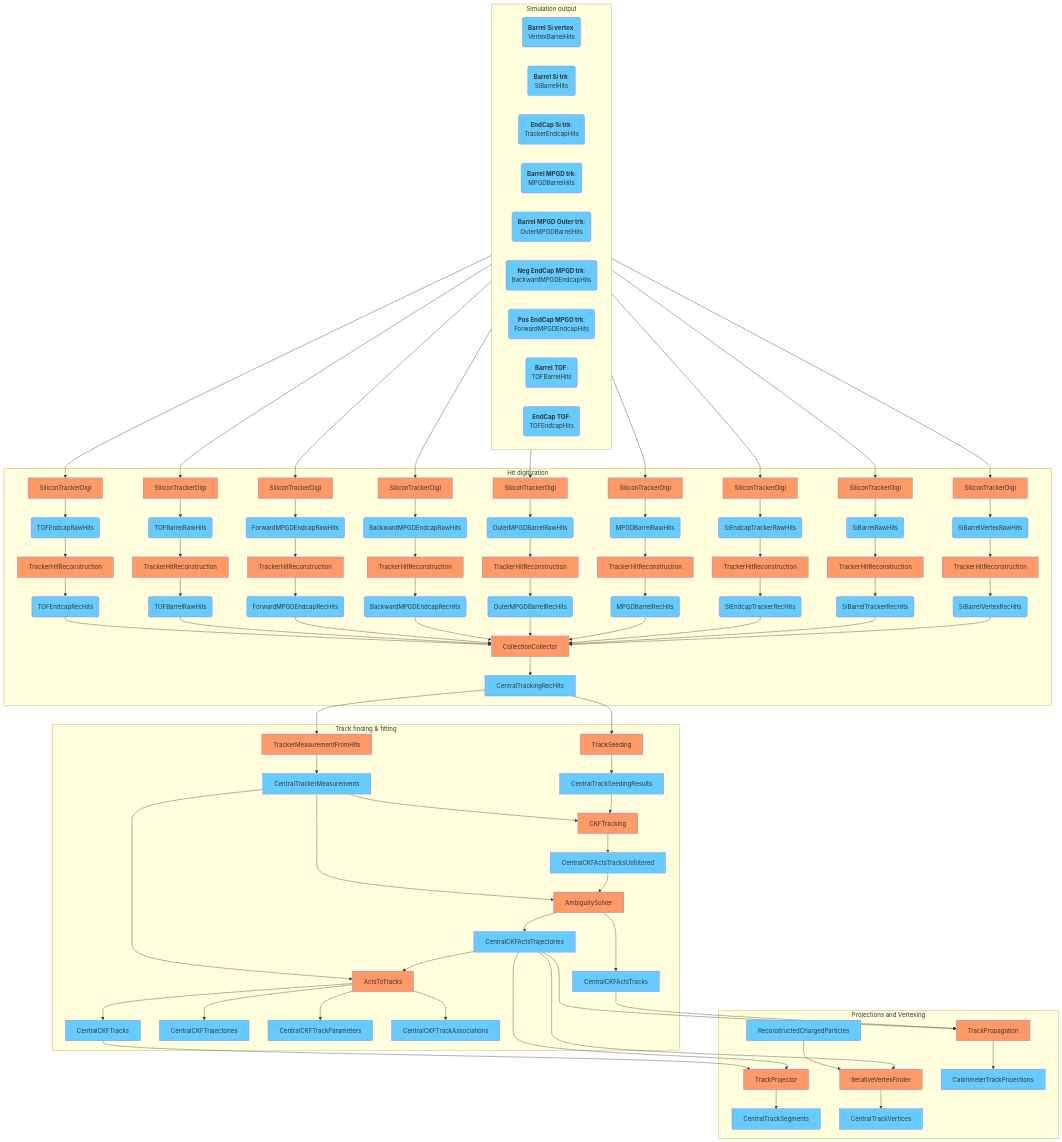
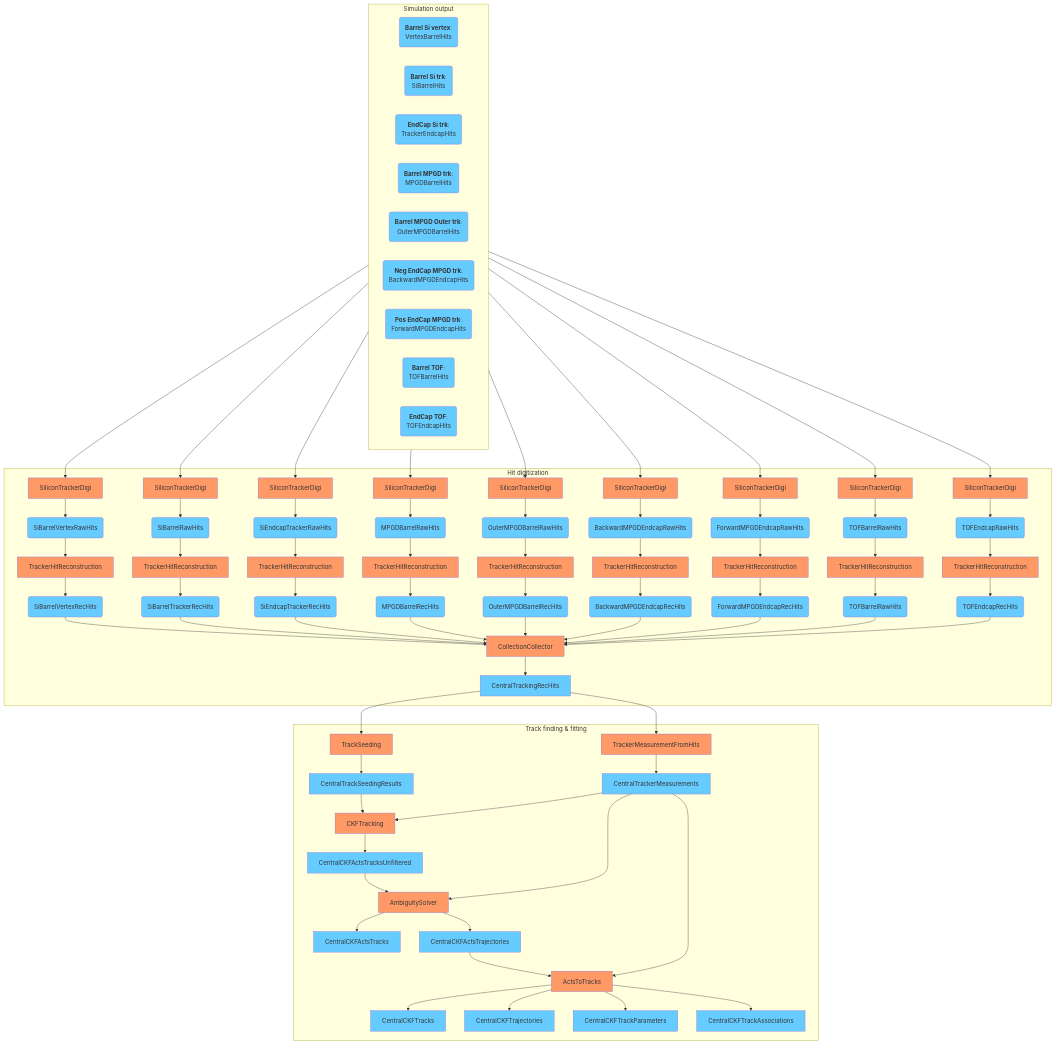
One commit to eic/EICrecon changed the first of 3 diagrams in docs/design/tracking.md. Above: the diagram before and after it, drawn with Mermaid. The commit also changed other lines of this file, not shown here.

````diff
--- a/docs/design/tracking.md
+++ b/docs/design/tracking.md
@@ -89,7 +89,7 @@
     CentralTrackingRecHits --> TrackSeeding[TrackSeeding]:::alg
 
     CKFTracking:::alg
-      SeedParameters --> CKFTracking
+    SeedParameters --> CKFTracking
     TrackerHitsOnSurface --> CKFTracking
     CKFTracking --> UnfilteredActsTracks[CentralCKFActsTracksUnfiltered]:::col
 
@@ -108,21 +108,4 @@
     ActsToTracks --> CentralCKFTrackAssociations:::col
   end
 
-  subgraph Projections and Vertexing
-    TrackProjector:::alg
-    CentralCKFActsTrajectories --> TrackProjector
-    CentralCKFTracks --> TrackProjector
-    TrackProjector --> CentralTrackSegments:::col
-
-    IterativeVertexFinder:::alg
-    CentralCKFActsTrajectories --> IterativeVertexFinder
-    ReconstructedChargedParticles:::col --> IterativeVertexFinder
-    IterativeVertexFinder --> CentralTrackVertices:::col
-
-    TrackPropagation:::alg
-    CentralCKFActsTracks --> TrackPropagation
-    CentralCKFActsTrajectories --> TrackPropagation
-    TrackPropagation --> CalorimeterTrackProjections:::col
-  end
-
 ```
````
